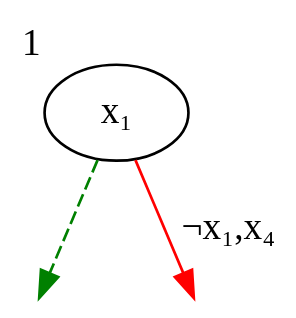
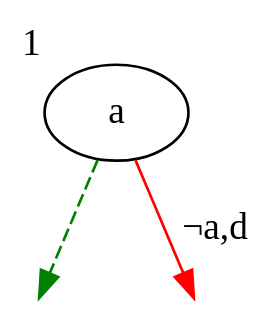
One commit to vaibhavsagar/presentations changed the diagram in sat-solvers/images/tree1x1.dot. Above: the diagram before and after it, drawn with Graphviz. The commit also changed 21 other files, not shown here.

```diff
--- a/sat-solvers/images/tree1x1.dot
+++ b/sat-solvers/images/tree1x1.dot
@@ -1,11 +1,11 @@
 digraph {
-    x₁t [style="invisible"]
-    x₁  [xlabel="1"]
-    x₃  [style="invisible"]
-    x₇f [label="label",style="invisible"]
-    x₁ -> x₁t [color="green",style="dashed"]
-    x₁ -> x₃  [color="red",label="¬x₁,x₄"]
+    at [style="invisible"]
+    a  [xlabel="1"]
+    c  [style="invisible"]
+    ef [label="label",style="invisible"]
+    a -> at [color="green",style="dashed"]
+    a -> c  [color="red",label="¬a,d"]
     overlap=false
     splines=true
     bgcolor=transparent
 }
```
